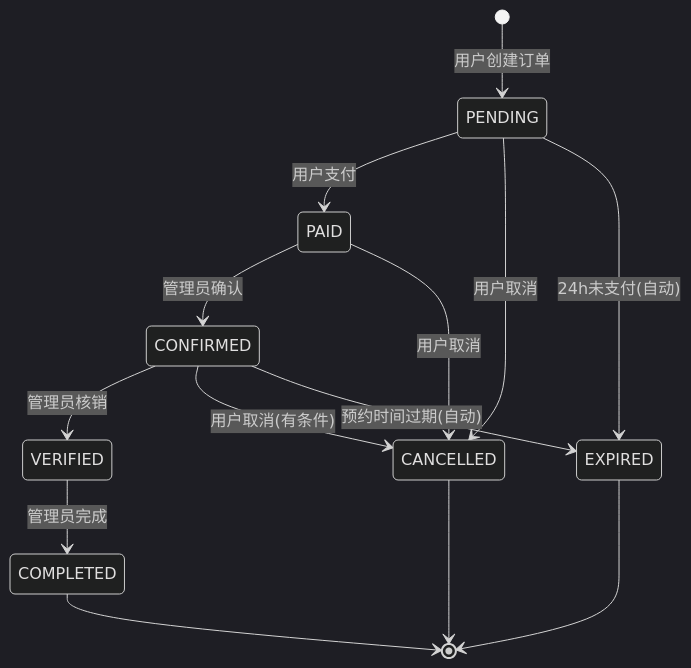
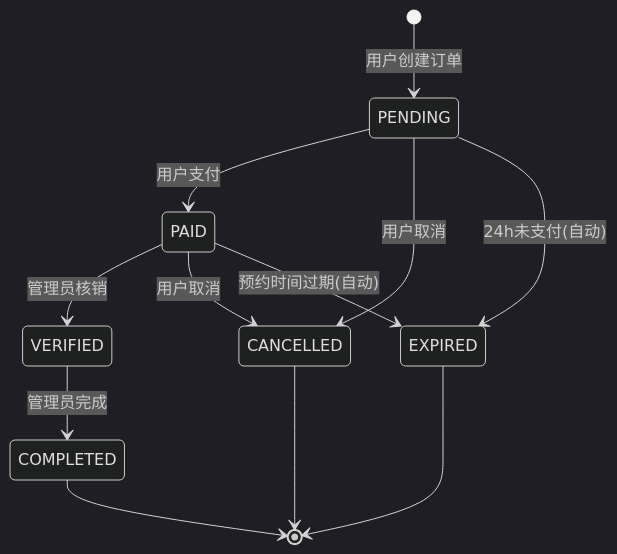
One commit to sevenmans/-2 changed the first of 3 diagrams in 订单状态流转全景图.md. Above: the diagram before and after it, drawn with Mermaid (dark theme). The commit also changed other lines of this file and 9 other files, not shown here.

````diff
--- a/订单状态流转全景图.md
+++ b/订单状态流转全景图.md
@@ -399,20 +381,17 @@
 ```mermaid
 stateDiagram-v2
     [*] --> PENDING: 用户创建订单
     PENDING --> PAID: 用户支付
     PENDING --> CANCELLED: 用户取消
     PENDING --> EXPIRED: 24h未支付(自动)
     
-    PAID --> CONFIRMED: 管理员确认
+    PAID --> VERIFIED: 管理员核销
     PAID --> CANCELLED: 用户取消
-    
-    CONFIRMED --> VERIFIED: 管理员核销
-    CONFIRMED --> CANCELLED: 用户取消(有条件)
-    CONFIRMED --> EXPIRED: 预约时间过期(自动)
+    PAID --> EXPIRED: 预约时间过期(自动)
     
     VERIFIED --> COMPLETED: 管理员完成
     
     COMPLETED --> [*]
     CANCELLED --> [*]
     EXPIRED --> [*]
 ```
````
